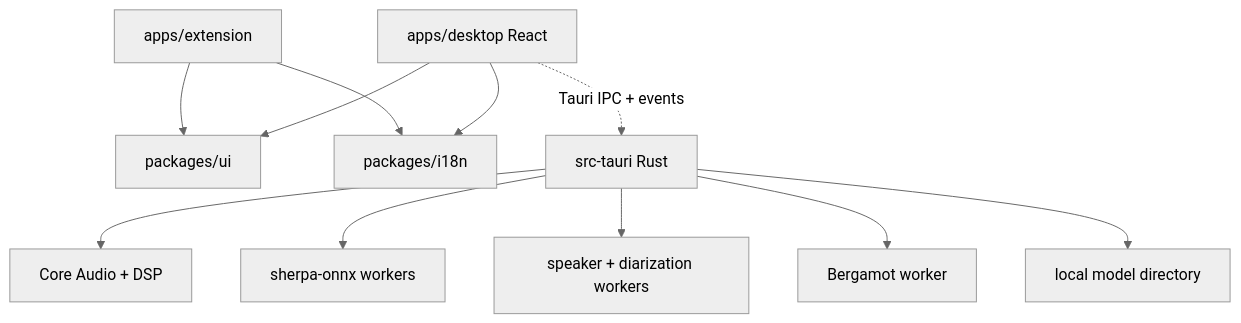
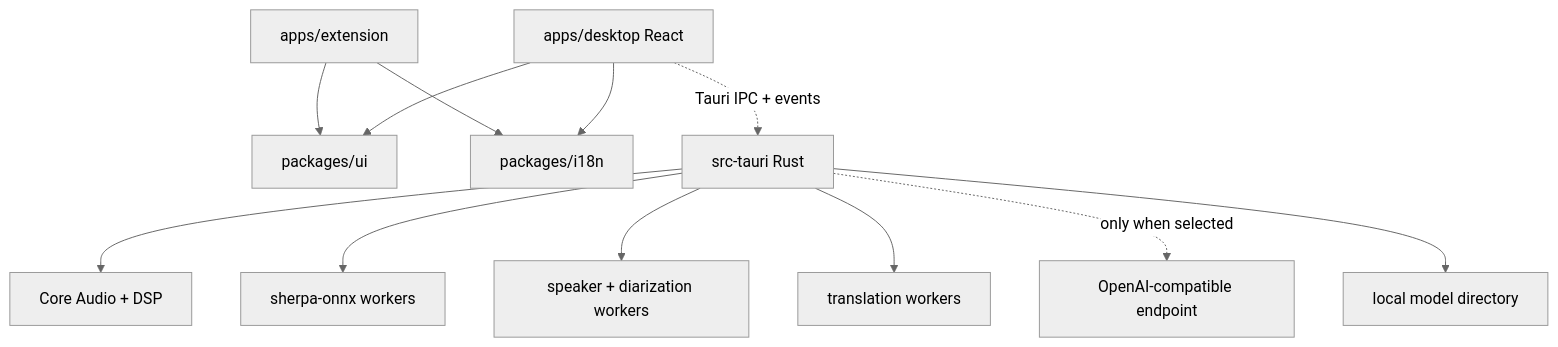
The diagram in docs/architecture.md (moil-xm/SonaSub), drawn with Mermaid (neutral theme) before and after one commit. The commit also changed other lines of this file and 43 other files, not shown here.

Commit message:
feat(translation): add OpenAI-compatible engine

````diff
--- a/docs/architecture.md
+++ b/docs/architecture.md
@@ -57,13 +58,14 @@
 ```mermaid
 graph TD
   desktop[apps/desktop React] --> ui[packages/ui]
   desktop --> i18n[packages/i18n]
   extension[apps/extension] --> ui
   extension --> i18n
   desktop -. Tauri IPC + events .-> rust[src-tauri Rust]
   rust --> audio[Core Audio + DSP]
   rust --> asr[sherpa-onnx workers]
   rust --> speaker[speaker + diarization workers]
-  rust --> translation[Bergamot worker]
+  rust --> translation[translation workers]
+  rust -. only when selected .-> remote[OpenAI-compatible endpoint]
   rust --> models[local model directory]
 ```
````
